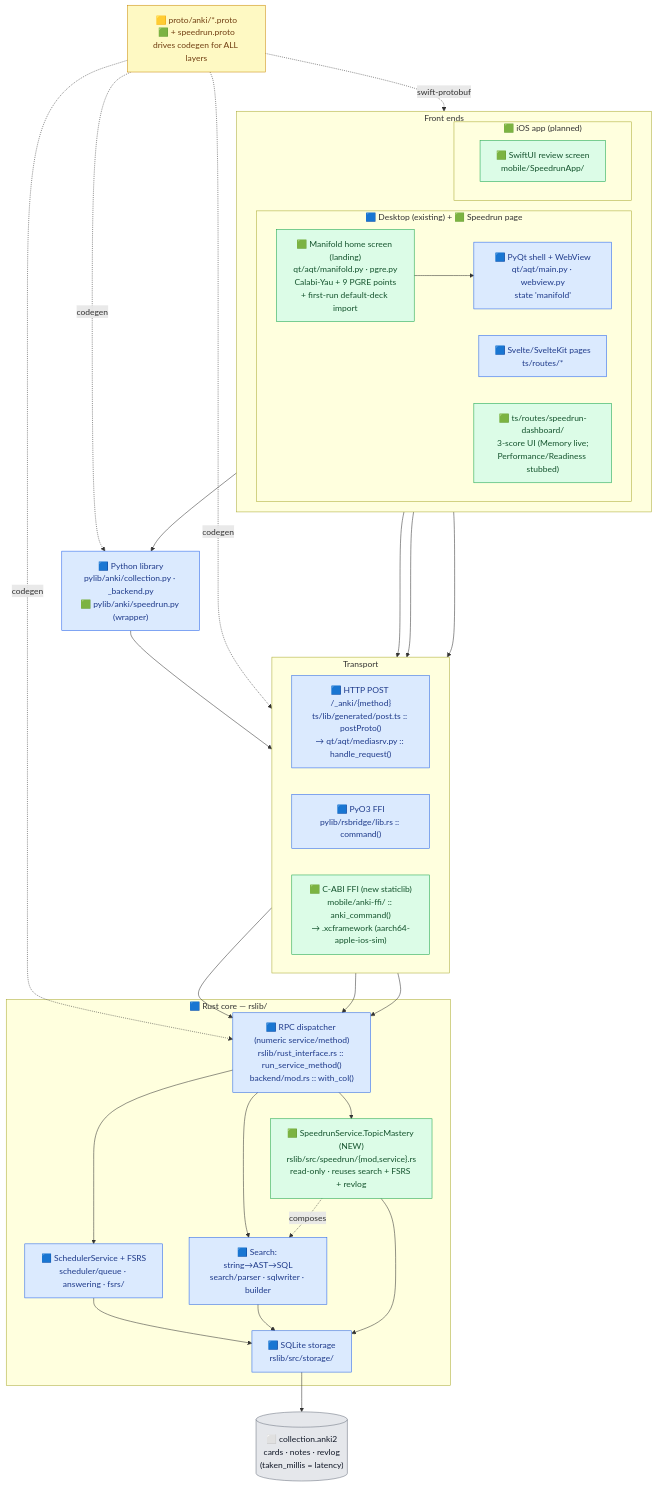
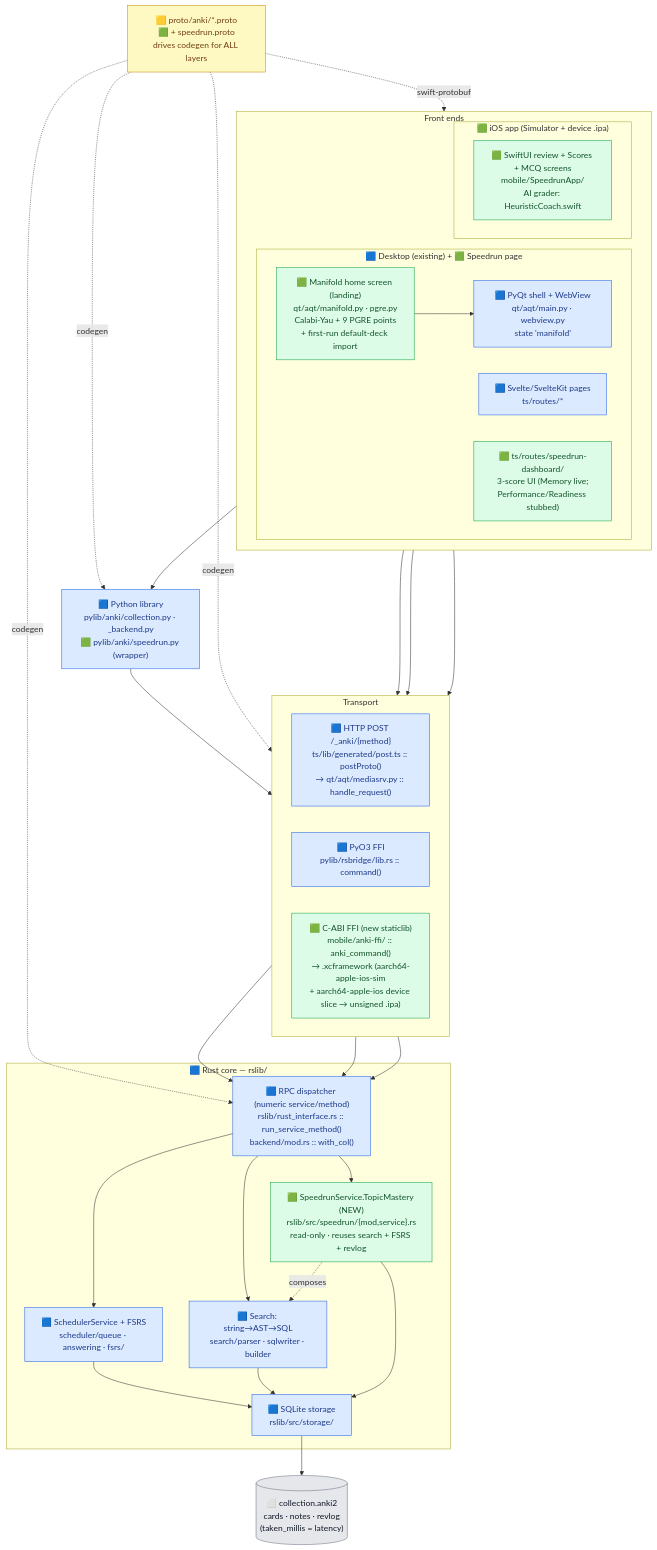
Before and after one commit to Gaurav-G141/anki: the first of 5 diagrams in ARCHITECTURE_DIAGRAM.md, drawn with Mermaid. The commit also changed other lines of this file and 40 other files, not shown here.

````diff
--- a/ARCHITECTURE_DIAGRAM.md
+++ b/ARCHITECTURE_DIAGRAM.md
@@ -20,69 +20,69 @@
 ```mermaid
 flowchart TB
     subgraph CLIENTS["Front ends"]
         direction LR
         subgraph DESK["🟦 Desktop (existing) + 🟩 Speedrun page"]
             SK["🟦 Svelte/SvelteKit pages<br/>ts/routes/*"]
             DASH["🟩 ts/routes/speedrun-dashboard/<br/>3-score UI (Memory live;<br/>Performance/Readiness stubbed)"]
             MANI["🟩 Manifold home screen (landing)<br/>qt/aqt/manifold.py · pgre.py<br/>Calabi-Yau + 9 PGRE points<br/>+ first-run default-deck import"]
             QT["🟦 PyQt shell + WebView<br/>qt/aqt/main.py · webview.py<br/>state 'manifold'"]
         end
-        subgraph IOS["🟩 iOS app (planned)"]
-            SWIFT["🟩 SwiftUI review screen<br/>mobile/SpeedrunApp/"]
+        subgraph IOS["🟩 iOS app (Simulator + device .ipa)"]
+            SWIFT["🟩 SwiftUI review + Scores + MCQ screens<br/>mobile/SpeedrunApp/<br/>AI grader: HeuristicCoach.swift"]
         end
     end
 
     subgraph TRANSPORT["Transport"]
         direction LR
         HTTP["🟦 HTTP POST /_anki/{method}<br/>ts/lib/generated/post.ts :: postProto()<br/>→ qt/aqt/mediasrv.py :: handle_request()"]
         PYO3["🟦 PyO3 FFI<br/>pylib/rsbridge/lib.rs :: command()"]
-        CFFI["🟩 C-ABI FFI (new staticlib)<br/>mobile/anki-ffi/ :: anki_command()<br/>→ .xcframework (aarch64-apple-ios-sim)"]
+        CFFI["🟩 C-ABI FFI (new staticlib)<br/>mobile/anki-ffi/ :: anki_command()<br/>→ .xcframework (aarch64-apple-ios-sim<br/>+ aarch64-apple-ios device slice → unsigned .ipa)"]
     end
 
     PYLIB["🟦 Python library<br/>pylib/anki/collection.py · _backend.py<br/>🟩 pylib/anki/speedrun.py (wrapper)"]
 
     subgraph CORE["🟦 Rust core — rslib/"]
         DISPATCH["🟦 RPC dispatcher (numeric service/method)<br/>rslib/rust_interface.rs :: run_service_method()<br/>backend/mod.rs :: with_col()"]
         SCHED["🟦 SchedulerService + FSRS<br/>scheduler/queue · answering · fsrs/"]
         SEARCH["🟦 Search: string→AST→SQL<br/>search/parser · sqlwriter · builder"]
         SPEED["🟩 SpeedrunService.TopicMastery (NEW)<br/>rslib/src/speedrun/{mod,service}.rs<br/>read-only · reuses search + FSRS + revlog"]
         STORE["🟦 SQLite storage<br/>rslib/src/storage/"]
     end
 
     DB[("⬜ collection.anki2<br/>cards · notes · revlog<br/>(taken_millis = latency)")]
     PROTO["🟨 proto/anki/*.proto<br/>🟩 + speedrun.proto<br/>drives codegen for ALL layers"]
 
     SK --> HTTP
     DASH --> HTTP
     MANI --> QT
     QT --> PYLIB
     SWIFT --> CFFI
 
     HTTP --> DISPATCH
     PYLIB --> PYO3 --> DISPATCH
     CFFI --> DISPATCH
 
     DISPATCH --> SCHED
     DISPATCH --> SEARCH
     DISPATCH --> SPEED
     SPEED -.->|"composes"| SEARCH
     SCHED --> STORE
     SEARCH --> STORE
     SPEED --> STORE
     STORE --> DB
 
     PROTO -.->|codegen| DISPATCH
     PROTO -.->|codegen| HTTP
     PROTO -.->|codegen| PYLIB
     PROTO -.->|"swift-protobuf"| SWIFT
 
     classDef existing fill:#dbeafe,stroke:#2563eb,color:#1e3a8a;
     classDef new fill:#dcfce7,stroke:#16a34a,color:#14532d;
     classDef gen fill:#fef9c3,stroke:#ca8a04,color:#713f12;
     classDef store fill:#e5e7eb,stroke:#6b7280,color:#111827;
 
     class SK,QT,HTTP,PYO3,PYLIB,DISPATCH,SCHED,SEARCH,STORE existing;
     class DASH,MANI,SWIFT,CFFI,SPEED new;
     class PROTO gen;
     class DB store;
 ```
````
